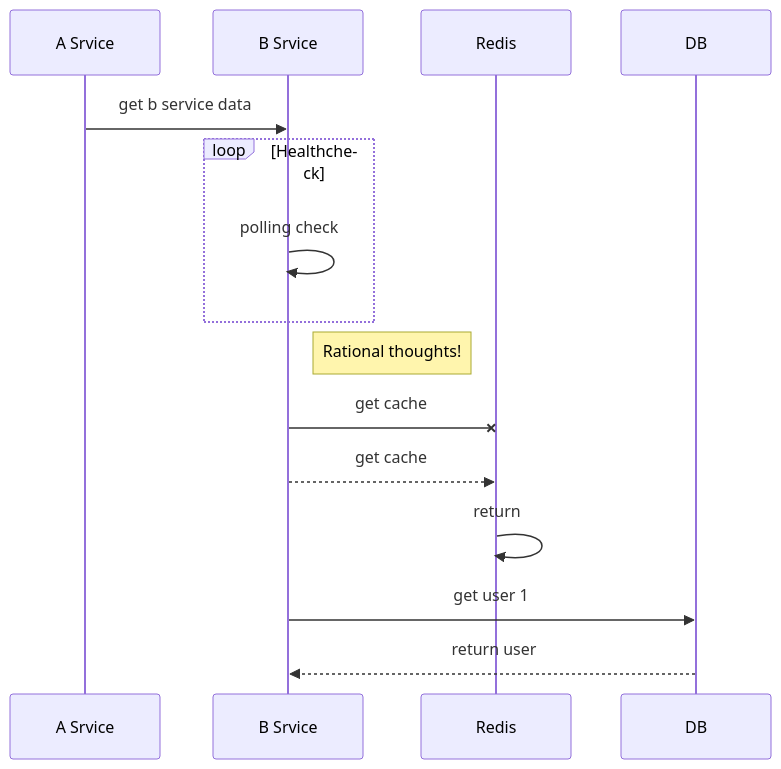
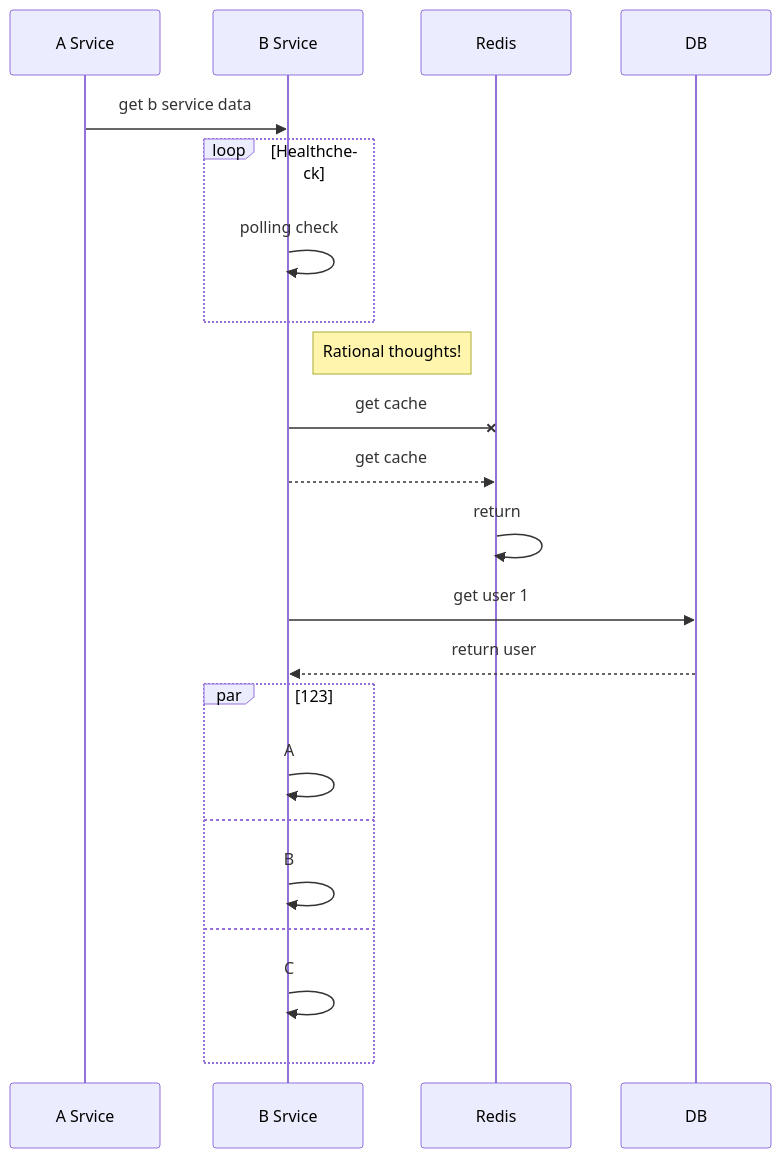
Before and after one commit to angelo0217/note_knowlage: the third of 4 diagrams in FlowSample.md, drawn with Mermaid. The commit also changed other lines of this file and 1 other file, not shown here.

Commit message:
新增設計模式

````diff
--- a/FlowSample.md
+++ b/FlowSample.md
@@ -22,13 +26,20 @@
 ```mermaid
 sequenceDiagram
   A Srvice->>B Srvice: get b service data
   loop Healthcheck
       B Srvice->>B Srvice: polling check
   end
   Note right of B Srvice: Rational thoughts!
   B Srvice-xRedis: get cache
   B Srvice-->>Redis: get cache
   Redis ->> Redis: return
   B Srvice->>DB: get user 1
   DB-->>B Srvice: return user
+  par 123
+    B Srvice ->> B Srvice : A
+  and
+    B Srvice ->> B Srvice : B
+  and
+    B Srvice ->> B Srvice : C
+  end
 ```
````
